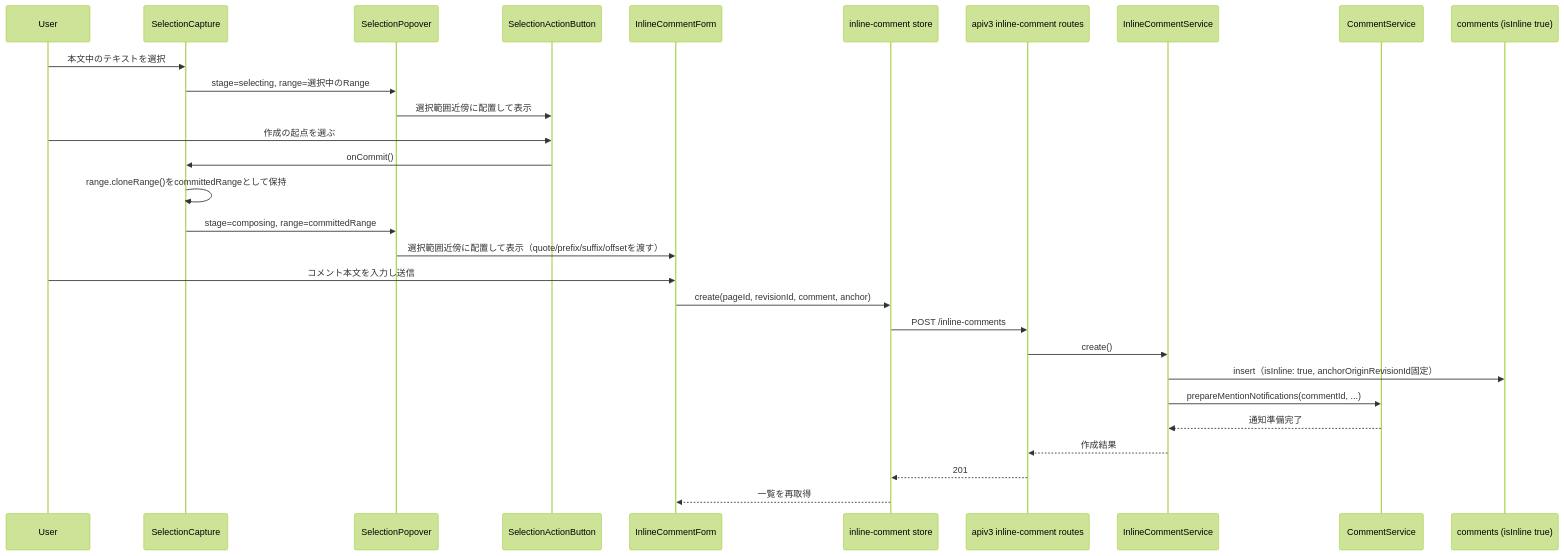
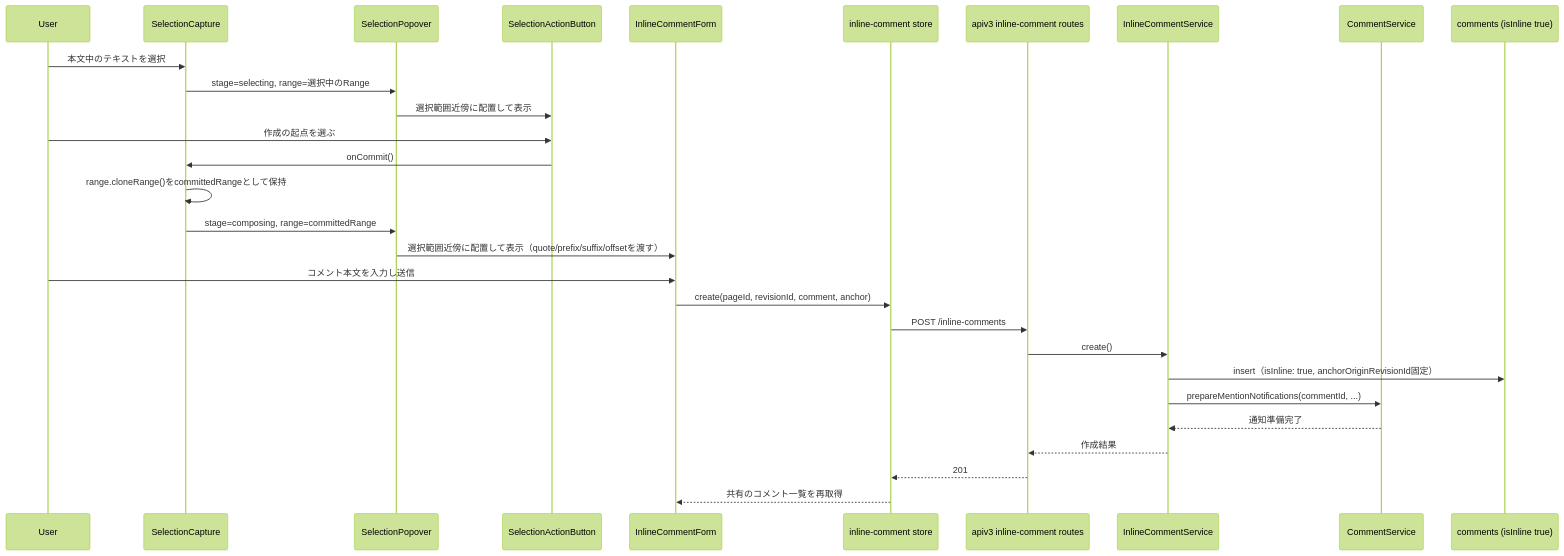
The second of 5 diagrams in .kiro/specs/inline-comment/design.md (growilabs/growi), drawn with Mermaid (forest theme) before and after one commit. The commit also changed other lines of this file and 7 other files, not shown here.

First line of the commit message:
docs(spec): point inline-comment retrieval and count contract to the comment spec

````diff
--- a/.kiro/specs/inline-comment/design.md
+++ b/.kiro/specs/inline-comment/design.md
@@ -231,32 +239,32 @@
 ```mermaid
 sequenceDiagram
     participant User
     participant SelectionCapture
     participant SelectionPopover
     participant SelectionActionButton
     participant InlineCommentForm
     participant Store as inline-comment store
     participant Route as apiv3 inline-comment routes
     participant Service as InlineCommentService
     participant CommentSvc as CommentService
     participant DB as comments (isInline true)
 
     User->>SelectionCapture: 本文中のテキストを選択
     SelectionCapture->>SelectionPopover: stage=selecting, range=選択中のRange
     SelectionPopover->>SelectionActionButton: 選択範囲近傍に配置して表示
     User->>SelectionActionButton: 作成の起点を選ぶ
     SelectionActionButton->>SelectionCapture: onCommit()
     SelectionCapture->>SelectionCapture: range.cloneRange()をcommittedRangeとして保持
     SelectionCapture->>SelectionPopover: stage=composing, range=committedRange
     SelectionPopover->>InlineCommentForm: 選択範囲近傍に配置して表示（quote/prefix/suffix/offsetを渡す）
     User->>InlineCommentForm: コメント本文を入力し送信
     InlineCommentForm->>Store: create(pageId, revisionId, comment, anchor)
     Store->>Route: POST /inline-comments
     Route->>Service: create()
     Service->>DB: insert（isInline: true, anchorOriginRevisionId固定）
     Service->>CommentSvc: prepareMentionNotifications(commentId, ...)
     CommentSvc-->>Service: 通知準備完了
     Service-->>Route: 作成結果
     Route-->>Store: 201
-    Store-->>InlineCommentForm: 一覧を再取得
+    Store-->>InlineCommentForm: 共有のコメント一覧を再取得
 ```
````
